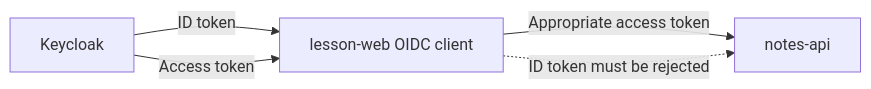
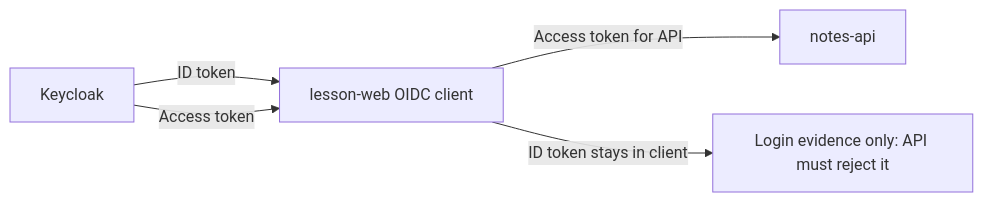
Before and after one commit to MSKazemi/security: the third of 5 diagrams in docs/06-api-token-validation.md, drawn with Mermaid. The commit also changed 22 other files, not shown here.

First line of the commit message:
Publish complete 17-chapter teaching set: roadmap, flows, device flow, deployment, BFF, keycloak-js and CDN chapters with text-first slides

````diff
--- a/docs/06-api-token-validation.md
+++ b/docs/06-api-token-validation.md
@@ -94,7 +94,7 @@
 ```mermaid
 flowchart LR
     K["Keycloak"] -->|"ID token"| CLIENT["lesson-web OIDC client"]
     K -->|"Access token"| CLIENT
-    CLIENT -->|"Appropriate access token"| API["notes-api"]
-    CLIENT -.->|"ID token must be rejected"| API
+    CLIENT -->|"Access token for API"| API["notes-api"]
+    CLIENT -->|"ID token stays in client"| ID["Login evidence only: API must reject it"]
 ```
````
